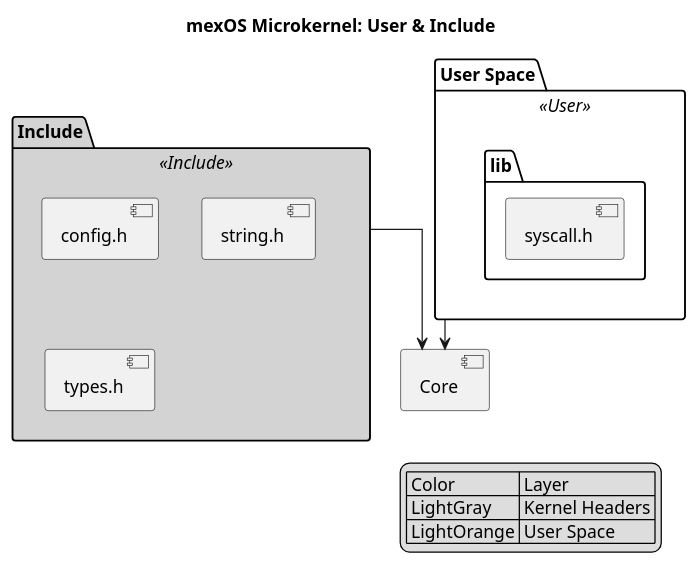
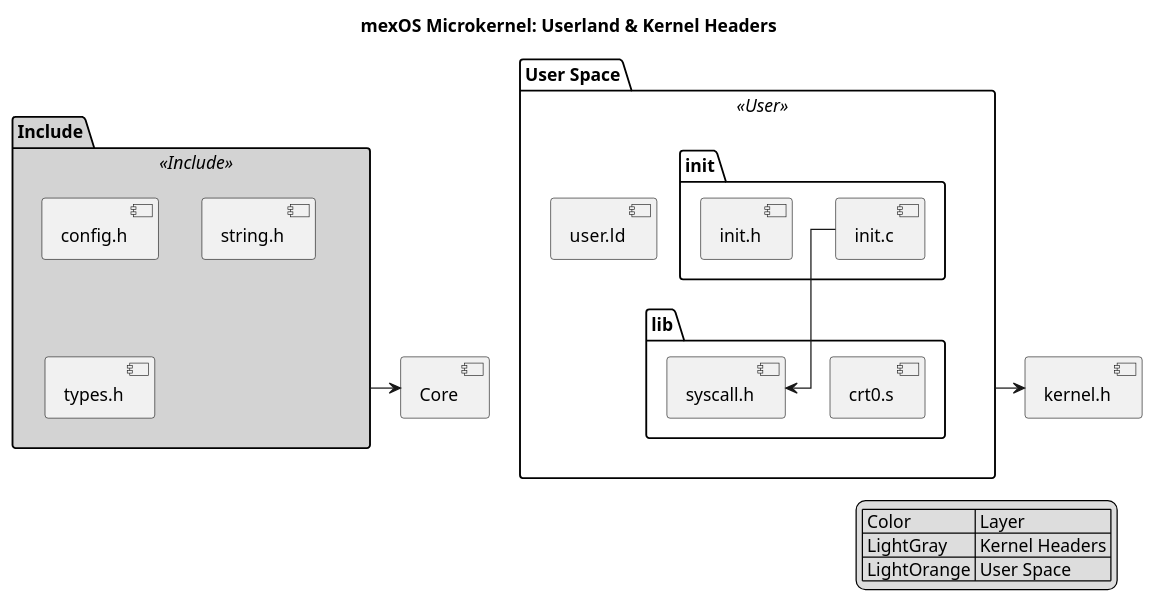
Before and after one commit to mendax0110/mexOS: the diagram in docs/UML/user_include.puml, drawn with PlantUML. The commit also changed 50 other files, not shown here.

```diff
--- a/docs/UML/user_include.puml
+++ b/docs/UML/user_include.puml
@@ -1,34 +1,50 @@
 @startuml UserInclude
-title mexOS Microkernel: User & Include
+title mexOS Microkernel: Userland & Kernel Headers
 
 skinparam linetype ortho
 skinparam package {
     BackgroundColor<<Include>> LightGray
     BackgroundColor<<User>> LightOrange
     BorderColor Black
     Shadowing false
 }
 
+' ============================
+' INCLUDE (kernel headers)
+' ============================
 package "Include" <<Include>> {
     [config.h]
     [string.h]
     [types.h]
 }
 
+' ============================
+' USERSPACE
+' ============================
 package "User Space" <<User>> {
+    package "init" {
+        [init.c]
+        [init.h]
+    }
+
     package "lib" {
+        [crt0.s]
         [syscall.h]
     }
+
+    [user.ld]
 }
 
 ' Dependencies
+[init.c] --> [syscall.h]
+[User Space] --> [kernel.h]
 [Include] --> [Core]
-[User Space] --> [Core]
 
 ' Legend
 legend right
 | Color | Layer |
 | LightGray | Kernel Headers |
 | LightOrange | User Space |
 endlegend
+
 @enduml
```
